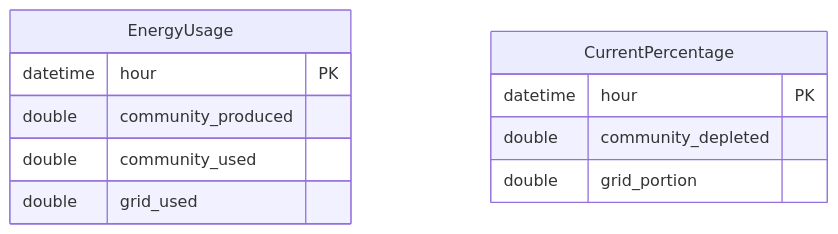
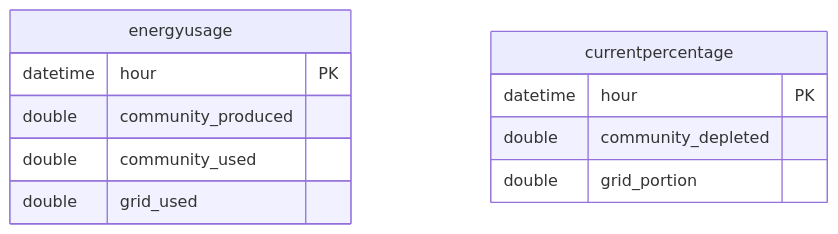
The diagram in ER-Diagram.mermaid (cureboyxxx/DiSysProject-EnergyCommunities), drawn with Mermaid before and after one commit.

Commit message:
refactor: update ER diagram to match new lowercase table naming
- Renamed entities in ER diagram from PascalCase to lowercase (energyusage, currentpercentage)
- Aligned diagram with updated database schema and JPA @Table mappings
- Ensured consistent naming conventions across services, repositories, and documentation

```diff
--- a/ER-Diagram.mermaid
+++ b/ER-Diagram.mermaid
@@ -1,14 +1,14 @@
 erDiagram
 
-    EnergyUsage {
+    energyusage {
         datetime hour PK
         double community_produced
         double community_used
         double grid_used
     }
 
-    CurrentPercentage {
+    currentpercentage {
         datetime hour PK
         double community_depleted
         double grid_portion
     }
```
